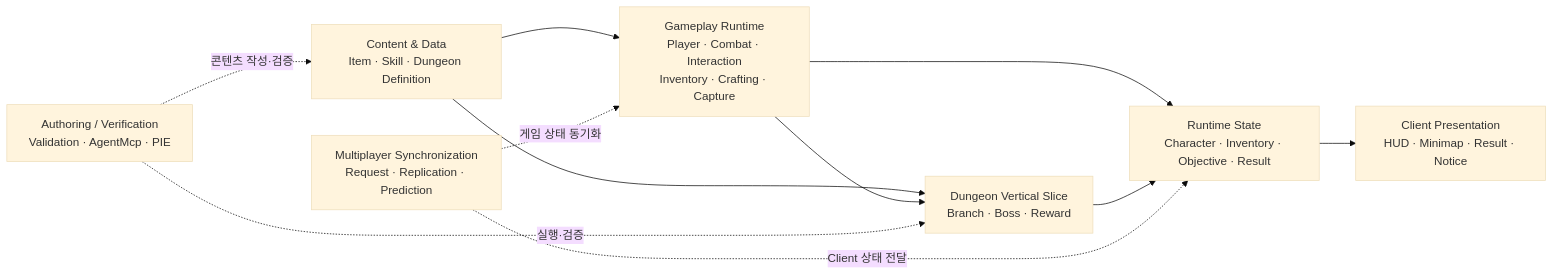
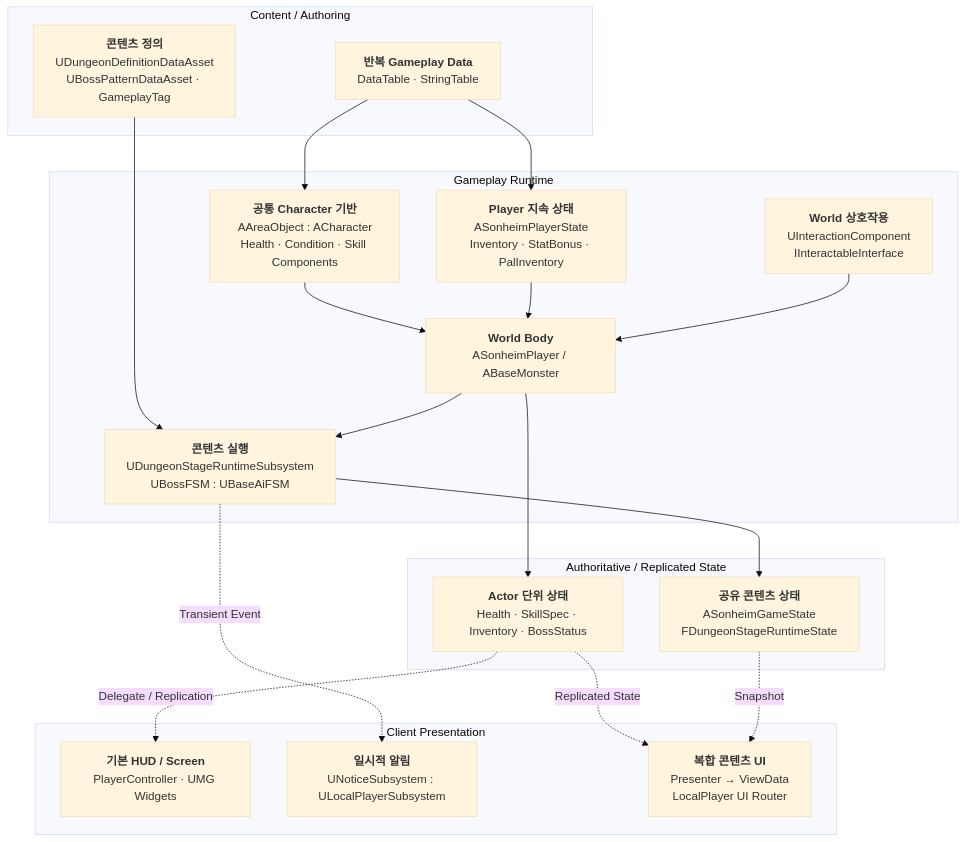
The diagram in Doc/Wiki/Home.md (chungheonLee0325/Sonheim), drawn with Mermaid (base theme) before and after one commit. The commit also changed other lines of this file, not shown here.

Commit message:
docs: rebuild wiki home around actual system architecture

````diff
--- a/Doc/Wiki/Home.md
+++ b/Doc/Wiki/Home.md
@@ -17,25 +19,43 @@
-```mermaid
-flowchart LR
-    DATA["Content & Data<br/>Item · Skill · Dungeon Definition"]
-    GAME["Gameplay Runtime<br/>Player · Combat · Interaction<br/>Inventory · Crafting · Capture"]
-    DUNGEON["Dungeon Vertical Slice<br/>Branch · Boss · Reward"]
-    STATE["Runtime State<br/>Character · Inventory · Objective · Result"]
-    UI["Client Presentation<br/>HUD · Minimap · Result · Notice"]
+~~~mermaid
+flowchart TB
+    subgraph DATA["Content / Authoring"]
+        ROW["<b>반복 Gameplay Data</b><br/>DataTable · StringTable"]
+        DEF["<b>콘텐츠 정의</b><br/>UDungeonDefinitionDataAsset<br/>UBossPatternDataAsset · GameplayTag"]
+    end
 
-    NET["Multiplayer Synchronization<br/>Request · Replication · Prediction"]
-    TOOL["Authoring / Verification<br/>Validation · AgentMcp · PIE"]
+    subgraph GAME["Gameplay Runtime"]
+        BASE["<b>공통 Character 기반</b><br/>AAreaObject : ACharacter<br/>Health · Condition · Skill Components"]
+        BODY["<b>World Body</b><br/>ASonheimPlayer / ABaseMonster"]
+        PSTATE["<b>Player 지속 상태</b><br/>ASonheimPlayerState<br/>Inventory · StatBonus · PalInventory"]
+        WORLD["<b>World 상호작용</b><br/>UInteractionComponent<br/>IInteractableInterface"]
+        CONTENT["<b>콘텐츠 실행</b><br/>UDungeonStageRuntimeSubsystem<br/>UBossFSM : UBaseAiFSM"]
+    end
 
-    DATA --> GAME
-    DATA --> DUNGEON
-    GAME --> DUNGEON
+    subgraph STATE["Authoritative / Replicated State"]
+        ACTORSTATE["<b>Actor 단위 상태</b><br/>Health · SkillSpec · Inventory · BossStatus"]
+        GAMESTATE["<b>공유 콘텐츠 상태</b><br/>ASonheimGameState<br/>FDungeonStageRuntimeState"]
+    end
 
-    GAME --> STATE
-    DUNGEON --> STATE
-    STATE --> UI
+    subgraph UI["Client Presentation"]
+        HUD["<b>기본 HUD / Screen</b><br/>PlayerController · UMG Widgets"]
+        NOTICE["<b>일시적 알림</b><br/>UNoticeSubsystem : ULocalPlayerSubsystem"]
+        VIEW["<b>복합 콘텐츠 UI</b><br/>Presenter → ViewData<br/>LocalPlayer UI Router"]
+    end
 
-    NET -. "게임 상태 동기화" .-> GAME
-    NET -. "Client 상태 전달" .-> STATE
+    ROW --> BASE
+    ROW --> PSTATE
+    DEF --> CONTENT
 
-    TOOL -. "콘텐츠 작성·검증" .-> DATA
-    TOOL -. "실행·검증" .-> DUNGEON
-```
+    BASE --> BODY
+    PSTATE --> BODY
+    WORLD --> BODY
+    BODY --> CONTENT
+
+    BODY --> ACTORSTATE
+    CONTENT --> GAMESTATE
+
+    ACTORSTATE -. "Delegate / Replication" .-> HUD
+    ACTORSTATE -. "Replicated State" .-> VIEW
+    GAMESTATE -. "Snapshot" .-> VIEW
+    CONTENT -. "Transient Event" .-> NOTICE
+~~~
````
